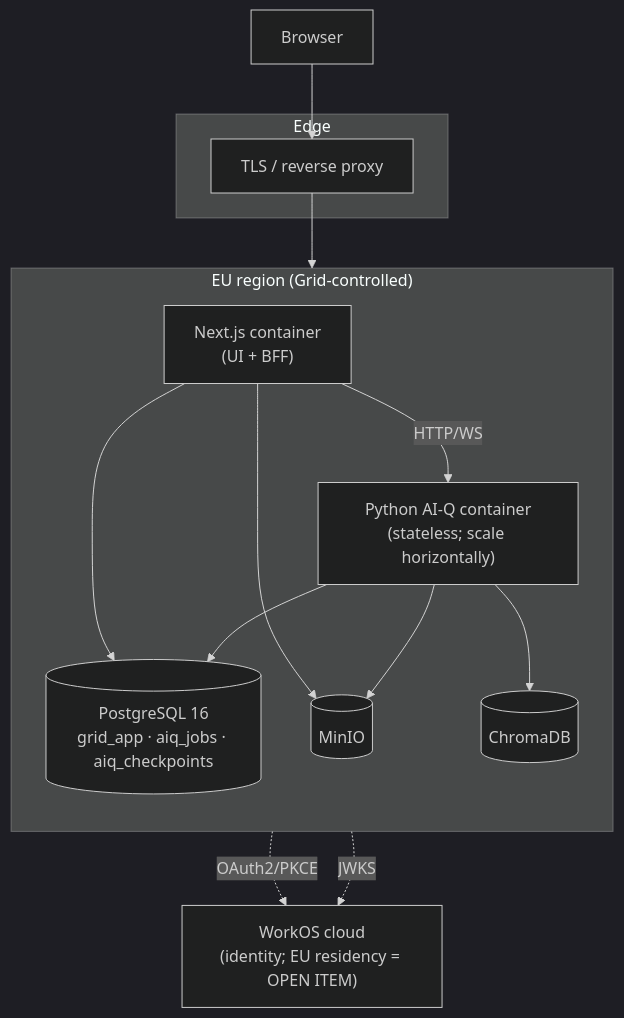
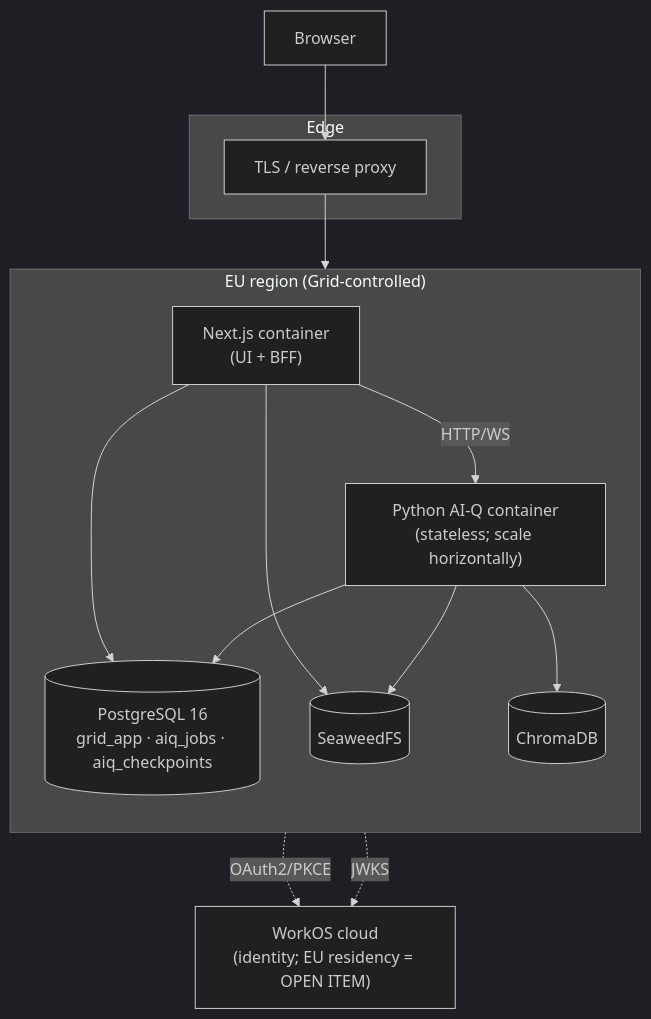
Before and after one commit to GRID-check/grid-oib-agent: the fourth of 4 diagrams in docs/architecture/overview.md, drawn with Mermaid (dark theme). The commit also changed other lines of this file and 60 other files, not shown here.

First line of the commit message:
Migrate object storage from MinIO to SeaweedFS

````diff
--- a/docs/architecture/overview.md
+++ b/docs/architecture/overview.md
@@ -176,29 +176,29 @@
 ```mermaid
 flowchart TB
     User["Browser"]
 
     subgraph Edge["Edge"]
         CDN["TLS / reverse proxy"]
     end
 
     subgraph EU["EU region (Grid-controlled)"]
         direction TB
         NextNode["Next.js container<br/>(UI + BFF)"]
         PyNode["Python AI-Q container<br/>(stateless; scale horizontally)"]
         PGNode[("PostgreSQL 16<br/>grid_app · aiq_jobs · aiq_checkpoints")]
-        MinioNode[("MinIO")]
+        SeaweedNode[("SeaweedFS")]
         ChromaNode[("ChromaDB")]
     end
 
     WorkOSCloud["WorkOS cloud<br/>(identity; EU residency = OPEN ITEM)"]
 
     User --> CDN --> NextNode
     NextNode -->|HTTP/WS| PyNode
     NextNode --> PGNode
-    NextNode --> MinioNode
+    NextNode --> SeaweedNode
     PyNode --> ChromaNode
     PyNode --> PGNode
-    PyNode --> MinioNode
+    PyNode --> SeaweedNode
     NextNode -. OAuth2/PKCE .-> WorkOSCloud
     PyNode -. JWKS .-> WorkOSCloud
 ```
````
